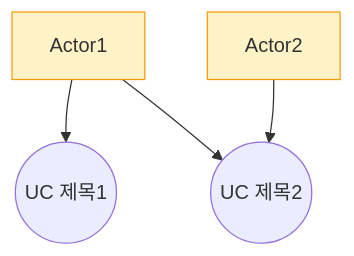
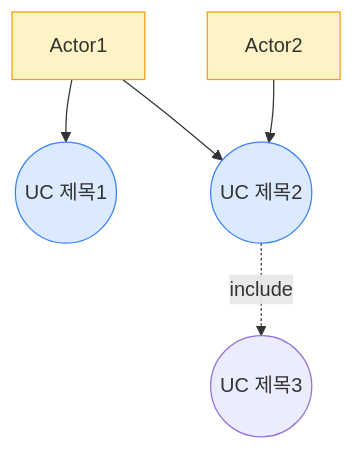
The second of 4 diagrams in .claude/skills/usecase-analyze2/templates/use-cases.md (archi-duke/GoJIRA), drawn with Mermaid before and after one commit. The commit also changed other lines of this file and 6 other files, not shown here.

````diff
--- a/.claude/skills/usecase-analyze2/templates/use-cases.md
+++ b/.claude/skills/usecase-analyze2/templates/use-cases.md
@@ -51,11 +70,14 @@
 ```mermaid
 graph TB
     Actor1[Actor1]:::actor
     Actor2[Actor2]:::actor
-    UC001((UC 제목1))
-    UC002((UC 제목2))
+    UC001((UC 제목1)):::feature
+    UC002((UC 제목2)):::feature
+    UC003((UC 제목3))
     Actor1 --> UC001
     Actor1 --> UC002
+    UC002 -.->|include| UC003
     Actor2 --> UC002
     classDef actor fill:#fef3c7,stroke:#f59e0b
+    classDef feature fill:#dbeafe,stroke:#3b82f6
 ```
````
